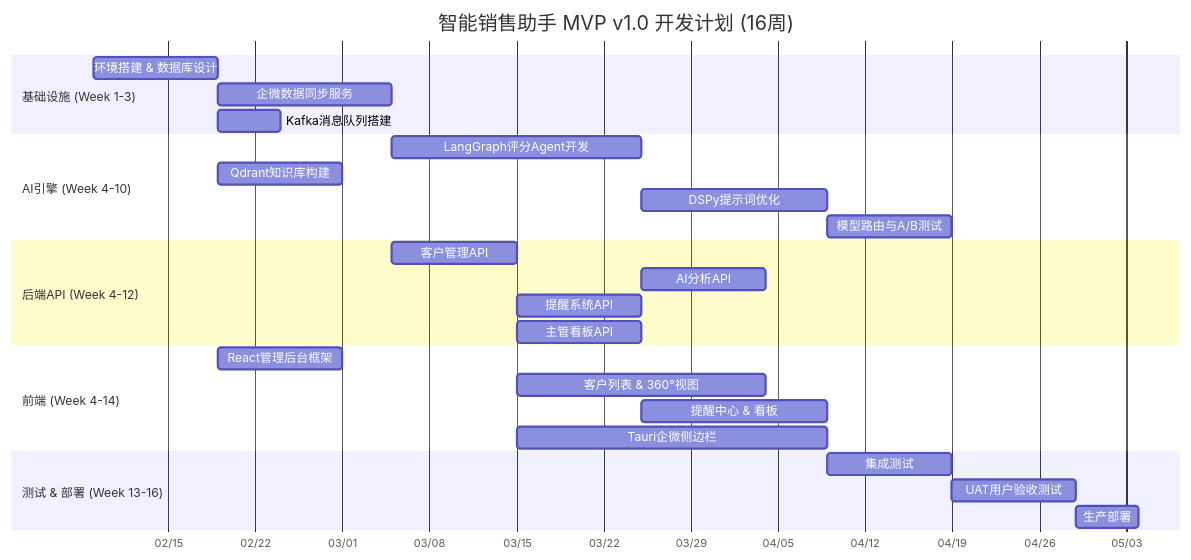
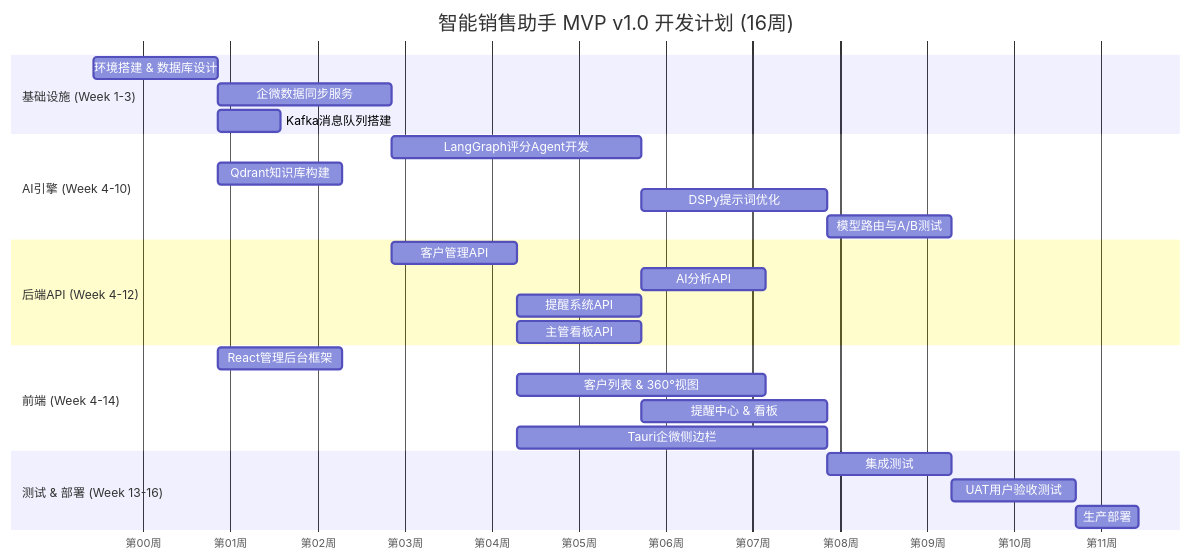
Before and after one commit to cruldra/notes3: diagram 11 of 11 in docs/Personal/华坤AI销售系统/一期/技术解决方案.md, drawn with Mermaid. The commit also changed other lines of this file and 5 other files, not shown here.

````diff
--- a/docs/Personal/华坤AI销售系统/一期/技术解决方案.md
+++ b/docs/Personal/华坤AI销售系统/一期/技术解决方案.md
@@ -795,34 +795,34 @@
 ```mermaid
 gantt
     title 智能销售助手 MVP v1.0 开发计划 (16周)
     dateFormat YYYY-MM-DD
-    axisFormat %m/%d
+    axisFormat 第%W周
 
     section 基础设施 (Week 1-3)
-    环境搭建 & 数据库设计       :infra1, 2026-02-09, 10d
+    环境搭建 & 数据库设计       :infra1, 2025-01-01, 10d
     企微数据同步服务             :infra2, after infra1, 14d
     Kafka消息队列搭建            :infra3, after infra1, 5d
 
     section AI引擎 (Week 4-10)
     LangGraph评分Agent开发       :ai1, after infra2, 20d
     Qdrant知识库构建              :ai2, after infra1, 10d
     DSPy提示词优化                :ai3, after ai1, 15d
     模型路由与A/B测试             :ai4, after ai3, 10d
 
     section 后端API (Week 4-12)
     客户管理API                   :api1, after infra2, 10d
     AI分析API                     :api2, after ai1, 10d
     提醒系统API                   :api3, after api1, 10d
     主管看板API                   :api4, after api1, 10d
 
     section 前端 (Week 4-14)
     React管理后台框架             :fe1, after infra1, 10d
     客户列表 & 360°视图           :fe2, after api1, 20d
     提醒中心 & 看板               :fe3, after api3, 15d
     Tauri企微侧边栏               :fe4, after api1, 25d
 
     section 测试 & 部署 (Week 13-16)
     集成测试                      :test1, after fe3, 10d
     UAT用户验收测试               :test2, after test1, 10d
     生产部署                      :deploy, after test2, 5d
 ```
````
